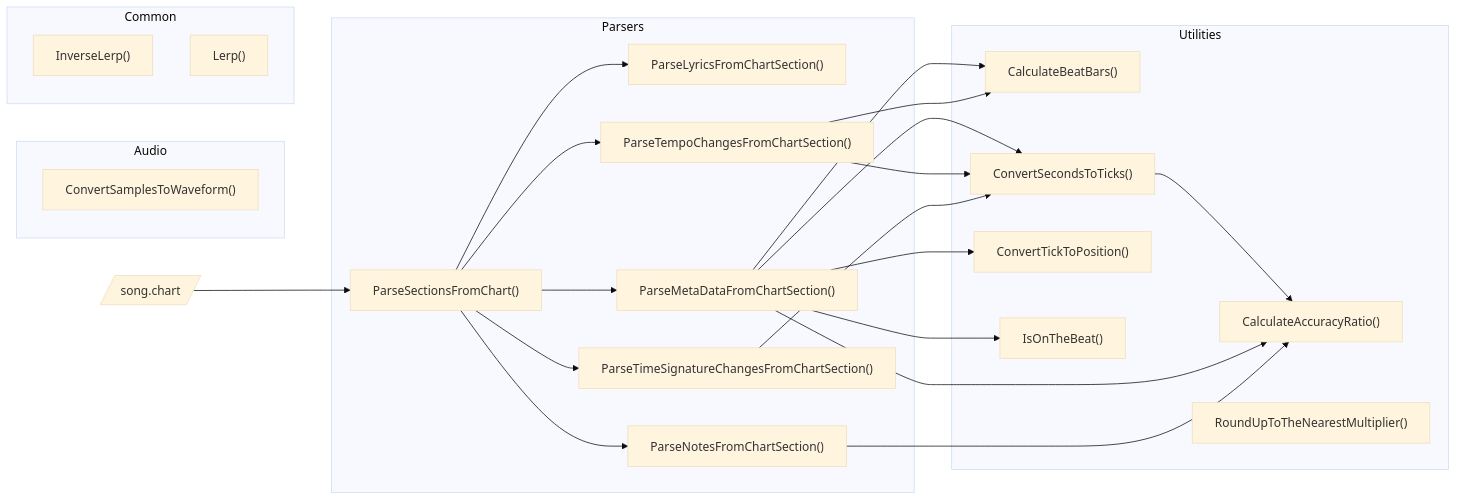
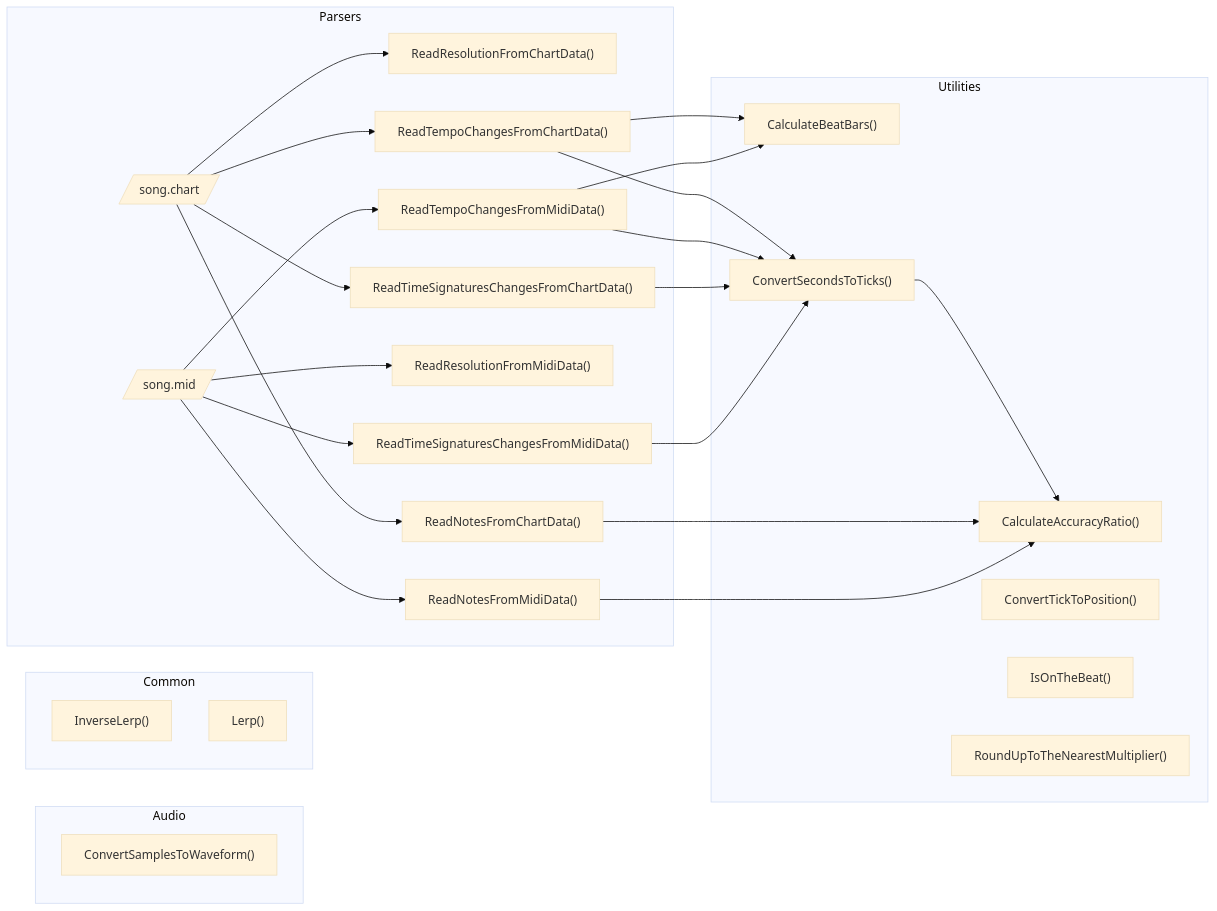
The diagram in Documentation/Architecture.md (neogeek/rhythm-game-utilities), drawn with Mermaid (base theme) before and after one commit. The commit also changed 39 other files, not shown here.

Commit message:
Reworked chart code to match midi parsing.

````diff
--- a/Documentation/Architecture.md
+++ b/Documentation/Architecture.md
@@ -7,55 +7,61 @@
 ```mermaid
 graph LR;
-    file[/"song.chart"/]
+    chart_file[/"song.chart"/]
+    midi_file[/"song.mid"/]
 
     subgraph audioGraph ["Audio"]
         convertSamplesToWaveform["ConvertSamplesToWaveform()"]
     end
 
     subgraph commonGraph ["Common"]
         inverseLerp["InverseLerp()"]
         lerp["Lerp()"]
     end
 
     subgraph parsersGraph ["Parsers"]
-        parseSectionsFromChart["ParseSectionsFromChart()"]
+        readResolutionFromChartData["ReadResolutionFromChartData()"]
+        readTempoChangesFromChartData["ReadTempoChangesFromChartData()"]
+        readTimeSignaturesChangesFromChartData["ReadTimeSignaturesChangesFromChartData()"]
+        readNotesFromChartData["ReadNotesFromChartData()"]
 
-        parseLyricsFromChartSection["ParseLyricsFromChartSection()"]
-        parseMetaDataFromChartSection["ParseMetaDataFromChartSection()"]
-        parseNotesFromChartSection["ParseNotesFromChartSection()"]
-        parseTempoChangesFromChartSection["ParseTempoChangesFromChartSection()"]
-        parseTimeSignaturesChangesFromChartSection["ParseTimeSignatureChangesFromChartSection()"]
+        chart_file-->readResolutionFromChartData
+        chart_file-->readTempoChangesFromChartData
+        chart_file-->readTimeSignaturesChangesFromChartData
+        chart_file-->readNotesFromChartData
 
-        parseSectionsFromChart-->parseLyricsFromChartSection
-        parseSectionsFromChart-->parseMetaDataFromChartSection
-        parseSectionsFromChart-->parseNotesFromChartSection
-        parseSectionsFromChart-->parseTempoChangesFromChartSection
-        parseSectionsFromChart-->parseTimeSignaturesChangesFromChartSection
+        readResolutionFromMidiData["ReadResolutionFromMidiData()"]
+        readTempoChangesFromMidiData["ReadTempoChangesFromMidiData()"]
+        readTimeSignaturesChangesFromMidiData["ReadTimeSignaturesChangesFromMidiData()"]
+        readNotesFromMidiData["ReadNotesFromMidiData()"]
+
+        midi_file-->readResolutionFromMidiData
+        midi_file-->readTempoChangesFromMidiData
+        midi_file-->readTimeSignaturesChangesFromMidiData
+        midi_file-->readNotesFromMidiData
     end
 
     subgraph utilitiesGraph ["Utilities"]
         calculateAccuracyRatio["CalculateAccuracyRatio()"]
         calculateBeatBars["CalculateBeatBars()"]
         convertSecondsToTicks["ConvertSecondsToTicks()"]
         convertTickToPosition["ConvertTickToPosition()"]
         isOnTheBeat["IsOnTheBeat()"]
         roundUpToTheNearestMultiplier["RoundUpToTheNearestMultiplier()"]
     end
 
-    file-->parseSectionsFromChart
+    convertSecondsToTicks-->calculateAccuracyRatio
 
-    convertSecondsToTicks-->calculateAccuracyRatio
-    parseMetaDataFromChartSection-->calculateAccuracyRatio
-    parseNotesFromChartSection-->calculateAccuracyRatio
+    readTempoChangesFromChartData-->calculateBeatBars
+    readTempoChangesFromChartData-->convertSecondsToTicks
 
-    parseMetaDataFromChartSection-->calculateBeatBars
-    parseTempoChangesFromChartSection-->calculateBeatBars
+    readTempoChangesFromMidiData-->calculateBeatBars
+    readTempoChangesFromMidiData-->convertSecondsToTicks
 
-    parseMetaDataFromChartSection-->convertSecondsToTicks
-    parseTempoChangesFromChartSection-->convertSecondsToTicks
-    parseTimeSignaturesChangesFromChartSection-->convertSecondsToTicks
+    readTimeSignaturesChangesFromChartData-->convertSecondsToTicks
 
-    parseMetaDataFromChartSection-->convertTickToPosition
+    readTimeSignaturesChangesFromMidiData-->convertSecondsToTicks
 
-    parseMetaDataFromChartSection-->isOnTheBeat
+    readNotesFromChartData-->calculateAccuracyRatio
+
+    readNotesFromMidiData-->calculateAccuracyRatio
 ```
````
